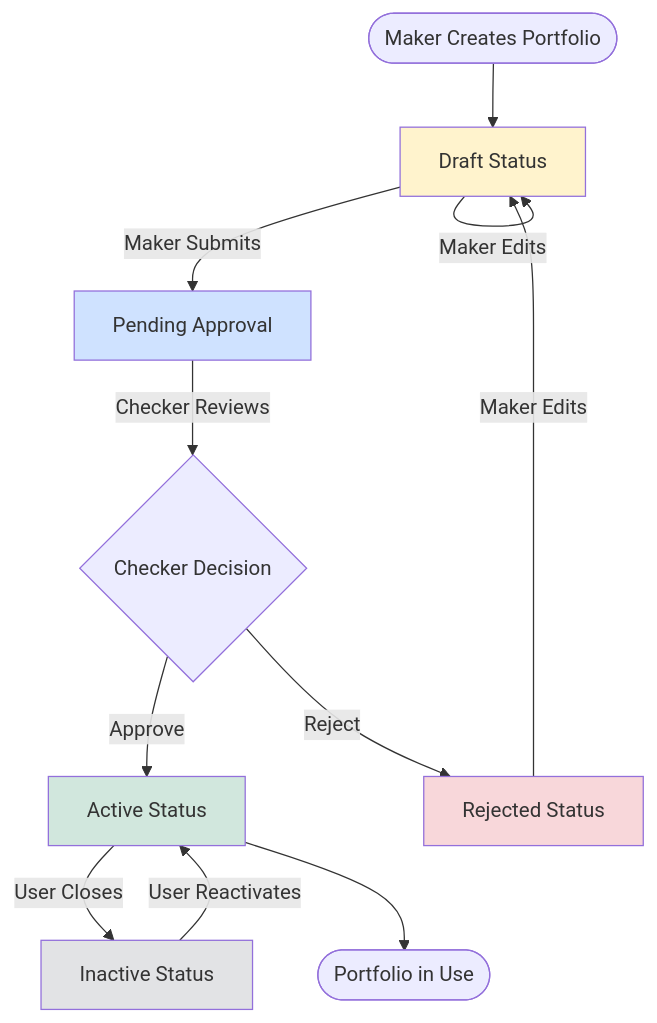
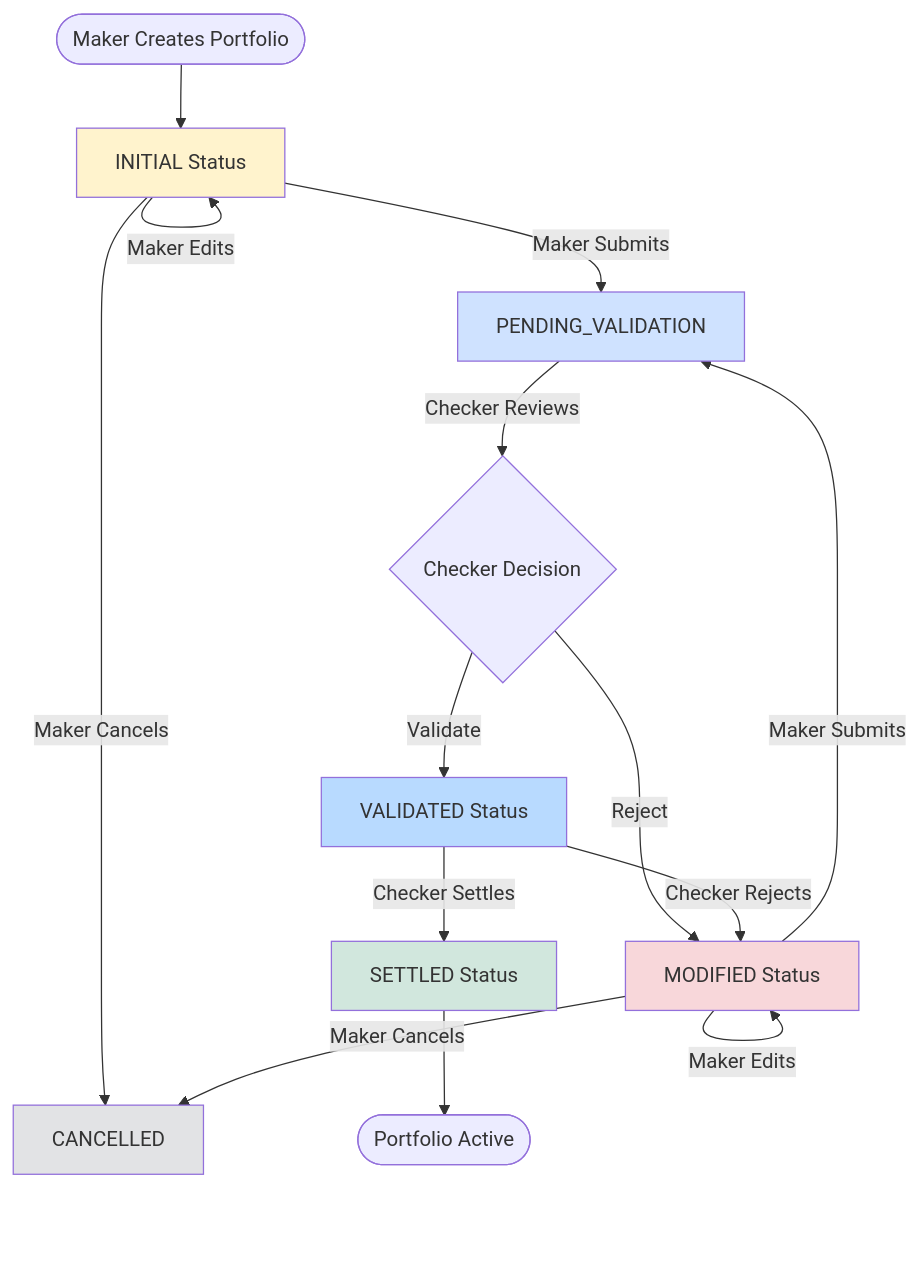
One commit to lifeislearningforever/Trade_Management_System changed the first of 4 diagrams in cis_trade_hive/docs/docs/business/four-eyes-workflow.md. Above: the diagram before and after it, drawn with Mermaid. The commit also changed other lines of this file and 43 other files, not shown here.

````diff
--- a/cis_trade_hive/docs/docs/business/four-eyes-workflow.md
+++ b/cis_trade_hive/docs/docs/business/four-eyes-workflow.md
@@ -83,24 +85,28 @@
 ```mermaid
 graph TD
-    Start([Maker Creates Portfolio]) --> Draft[Draft Status]
-    Draft --> |Maker Edits| Draft
-    Draft --> |Maker Submits| Pending[Pending Approval]
+    Start([Maker Creates Portfolio]) --> Initial[INITIAL Status]
+    Initial --> |Maker Edits| Initial
+    Initial --> |Maker Submits| Pending[PENDING_VALIDATION]
+    Initial --> |Maker Cancels| Cancelled[CANCELLED]
 
     Pending --> |Checker Reviews| Decision{Checker Decision}
 
-    Decision --> |Approve| Active[Active Status]
-    Decision --> |Reject| Rejected[Rejected Status]
+    Decision --> |Validate| Validated[VALIDATED Status]
+    Decision --> |Reject| Modified[MODIFIED Status]
 
-    Rejected --> |Maker Edits| Draft
+    Validated --> |Checker Settles| Settled[SETTLED Status]
+    Validated --> |Checker Rejects| Modified
 
-    Active --> |User Closes| Inactive[Inactive Status]
-    Inactive --> |User Reactivates| Active
+    Modified --> |Maker Edits| Modified
+    Modified --> |Maker Submits| Pending
+    Modified --> |Maker Cancels| Cancelled
 
-    Active --> End([Portfolio in Use])
+    Settled --> End([Portfolio Active])
 
-    style Draft fill:#fff3cd
+    style Initial fill:#fff3cd
     style Pending fill:#cfe2ff
-    style Active fill:#d1e7dd
-    style Rejected fill:#f8d7da
-    style Inactive fill:#e2e3e5
+    style Validated fill:#b8daff
+    style Settled fill:#d1e7dd
+    style Modified fill:#f8d7da
+    style Cancelled fill:#e2e3e5
 ```
````
